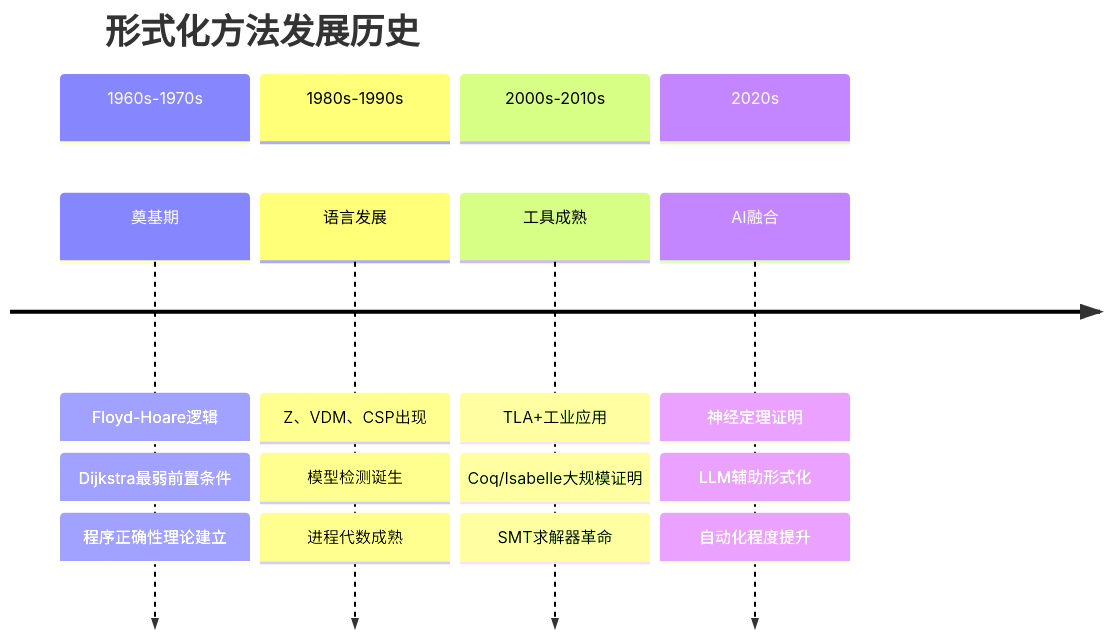
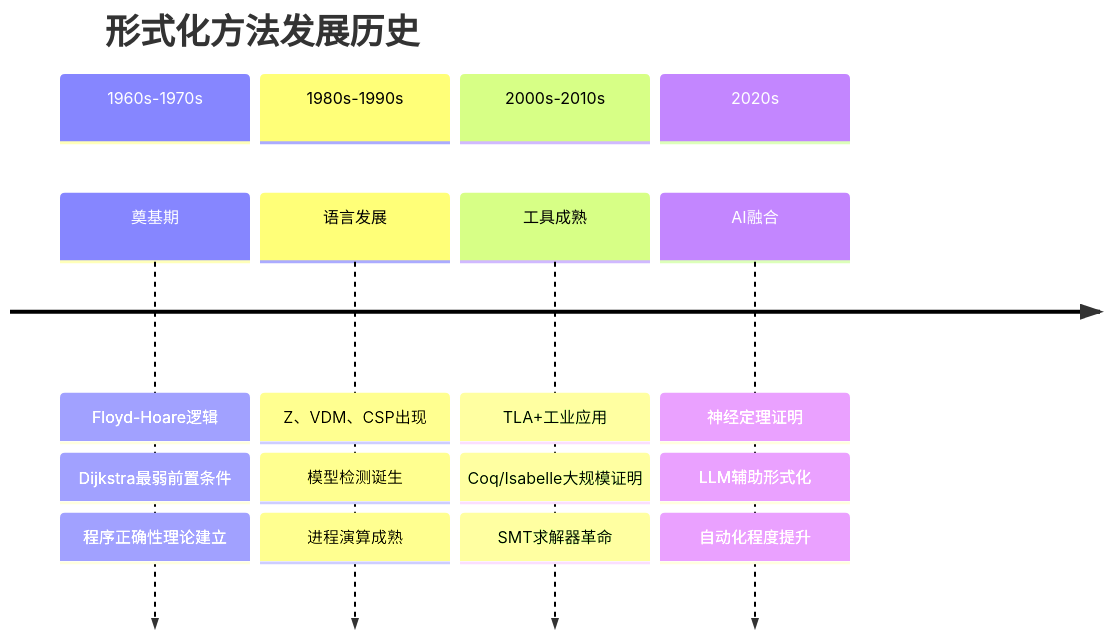
Before and after one commit to AdaMartin18010/AnalysisDataFlow: the third of 10 diagrams in formal-methods/98-appendices/wikipedia-concepts/01-formal-methods.md, drawn with Mermaid. The commit also changed other lines of this file and 129 other files, not shown here.

````diff
--- a/formal-methods/98-appendices/wikipedia-concepts/01-formal-methods.md
+++ b/formal-methods/98-appendices/wikipedia-concepts/01-formal-methods.md
@@ -155,20 +155,20 @@
 ```mermaid
 timeline
     title 形式化方法发展历史
     section 1960s-1970s
         奠基期 : Floyd-Hoare逻辑
                : Dijkstra最弱前置条件
                : 程序正确性理论建立
     section 1980s-1990s
         语言发展 : Z、VDM、CSP出现
                  : 模型检测诞生
-                 : 进程代数成熟
+                 : 进程演算成熟
     section 2000s-2010s
         工具成熟 : TLA+工业应用
                  : Coq/Isabelle大规模证明
                  : SMT求解器革命
     section 2020s
         AI融合 : 神经定理证明
                : LLM辅助形式化
                : 自动化程度提升
 ```
````
